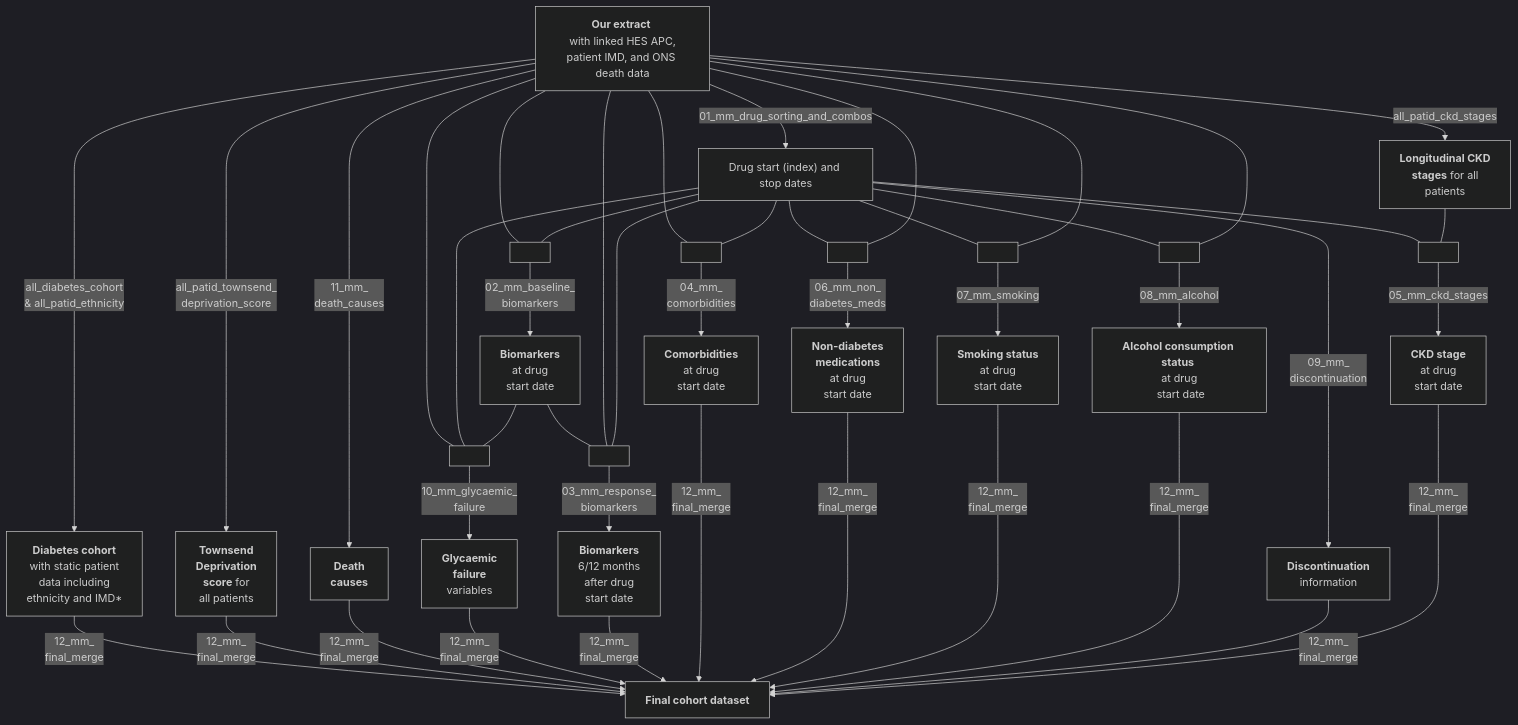
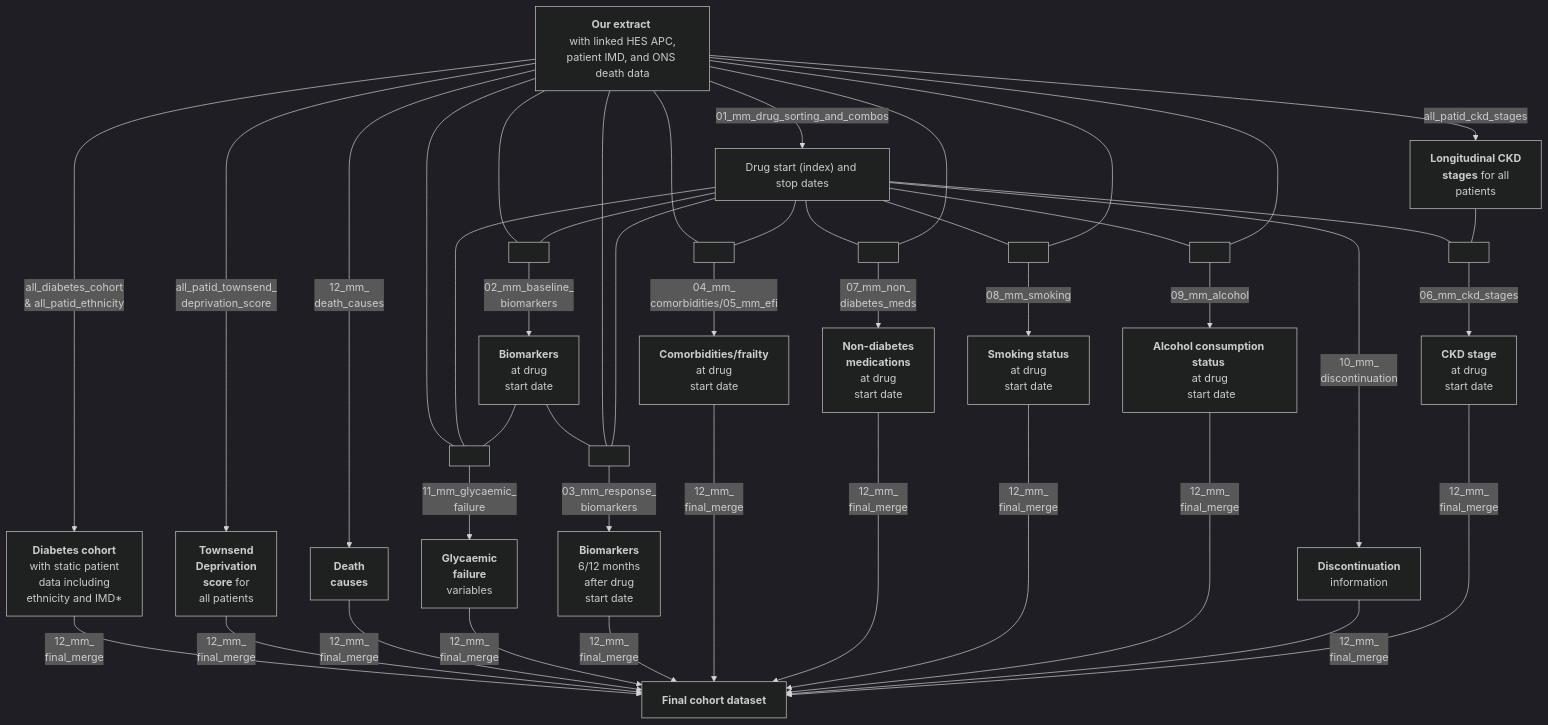
One commit to Exeter-Diabetes/CPRD-Cohort-scripts changed the diagram in 03-Treatment-response-(MASTERMIND)/README.md. Above: the diagram before and after it, drawn with Mermaid (dark theme).

````diff
--- a/03-Treatment-response-(MASTERMIND)/README.md
+++ b/03-Treatment-response-(MASTERMIND)/README.md
@@ -20,57 +20,56 @@
 ```mermaid
 graph TD;
     A["<b>Our extract</b> <br> with linked HES APC, patient IMD, and ONS death data"] --> |"all_diabetes_cohort <br> & all_patid_ethnicity"|B["<b>Diabetes cohort<br></b> with static patient <br>data including <br>ethnicity and IMD*"]
     A-->|"all_patid_townsend_<br>deprivation_score"|N["<b>Townsend<br> Deprivation<br>score</b> for<br> all patients"]
-    A-->|"11_mm_<br>death_causes"|O["<b>Death<br>causes</b>"]
+    A-->|"12_mm_<br>death_causes"|O["<b>Death<br>causes</b>"]
     A-->|"01_mm_drug_sorting_and_combos"|H["Drug start (index) and stop dates"]
 
     A---P[ ]:::empty
     H---P
     E---P
-    P-->|"10_mm_glycaemic_<br>failure"|Q["<b>Glycaemic<br>failure</b><br>variables"]
+    P-->|"11_mm_glycaemic_<br>failure"|Q["<b>Glycaemic<br>failure</b><br>variables"]
 
     A---Y[ ]:::empty
     H---Y
     Y-->|"02_mm_baseline_<br>biomarkers"|E["<b>Biomarkers</b> <br> at drug <br> start date"]
 
     E---T[ ]:::empty
     A---T
     H---T
     T-->|"03_mm_response_<br>biomarkers"|L["<b>Biomarkers</b> <br> 6/12 months <br> after drug <br>start date"]
     
     A---W[ ]:::empty
     H---W
-    W-->|"04_mm_<br>comorbidities"|F["<b>Comorbidities</b> <br> at drug <br> start date"]
+    W-->|"04_mm_<br>comorbidities/05_mm_efi"|F["<b>Comorbidities/frailty</b> <br> at drug <br> start date"]
     
     H---U[ ]:::empty
     A---U
-    U-->|"06_mm_non_<br>diabetes_meds"|M["<b>Non-diabetes <br>medications</b> <br> at drug <br> start date"]
+    U-->|"07_mm_non_<br>diabetes_meds"|M["<b>Non-diabetes <br>medications</b> <br> at drug <br> start date"]
     
     H---X[ ]:::empty
     A---X
-    X-->|"07_mm_smoking"|G["<b>Smoking status</b> <br> at drug <br> start date"]
+    X-->|"08_mm_smoking"|G["<b>Smoking status</b> <br> at drug <br> start date"]
     
-    H-->|"09_mm_<br>discontinuation"|V["<b>Discontinuation</b><br> information"]
+    H-->|"10_mm_<br>discontinuation"|V["<b>Discontinuation</b><br> information"]
 
     H---R[ ]:::empty
     A---R
-    R-->|"08_mm_alcohol"|D["<b>Alcohol consumption status</b> <br> at drug <br> start date"]
+    R-->|"09_mm_alcohol"|D["<b>Alcohol consumption status</b> <br> at drug <br> start date"]
  
     A-->|"all_patid_ckd_stages"|C["<b>Longitudinal CKD <br> stages</b> for all <br> patients"]
     H---Z[ ]:::empty
     C---Z
-    Z-->|"05_mm_ckd_stages"|I["<b>CKD stage </b> <br> at drug <br> start date"]
-    
-    
+    Z-->|"06_mm_ckd_stages"|I["<b>CKD stage </b> <br> at drug <br> start date"]
+
     B-->|"12_mm_<br>final_merge"|J["<b>Final cohort dataset</b>"]
     N-->|"12_mm_<br>final_merge"|J
     O-->|"12_mm_<br>final_merge"|J
     Q-->|"12_mm_<br>final_merge"|J
     L-->|"12_mm_<br>final_merge"|J
     F-->|"12_mm_<br>final_merge"|J
     M-->|"12_mm_<br>final_merge"|J  
     G-->|"12_mm_<br>final_merge"|J
     D-->|"12_mm_<br>final_merge"|J
     V-->|"12_mm_<br>final_merge"|J
     I-->|"12_mm_<br>final_merge"|J  
 ```
````
